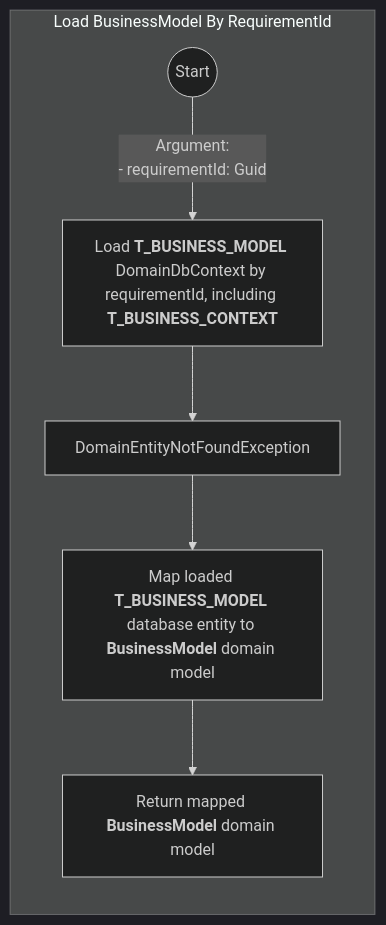
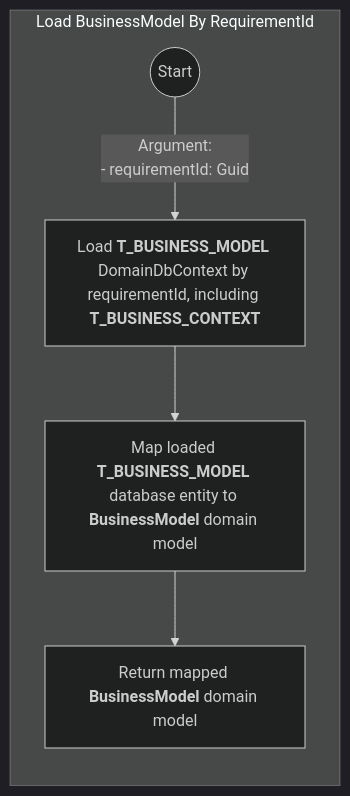
The second of 2 diagrams in AI/Repository/BusinessModelRepository.md (sdlfly2000/DomainBasedDesigner), drawn with Mermaid (dark theme) before and after one commit. The commit also changed other lines of this file and 7 other files, not shown here.

Commit message:
adapt businessModel app service

````diff
--- a/AI/Repository/BusinessModelRepository.md
+++ b/AI/Repository/BusinessModelRepository.md
@@ -47,12 +49,14 @@
     ```mermaid
         graph TB
             subgraph main [Load BusinessModel By RequirementId]
                 direction TB
                 start(("Start")) -->
                 |Argument: 
                 - requirementId: Guid| LoadByRequirementIdFromDb["`Load **T_BUSINESS_MODEL** DomainDbContext by requirementId, including **T_BUSINESS_CONTEXT**`"] -->
-                DomainEntityNotFoundException -->
+
+                %% BusinessModel.ContentMermaid = T_BUSINESS_MODEL.RAW_DESCRIPTION
                 MapToBusniessModelDoaminModel["`Map loaded **T_BUSINESS_MODEL** database entity to **BusinessModel** domain model`"] -->
+
                 return["`Return mapped **BusinessModel** domain model`"]
             end
     ```
````
